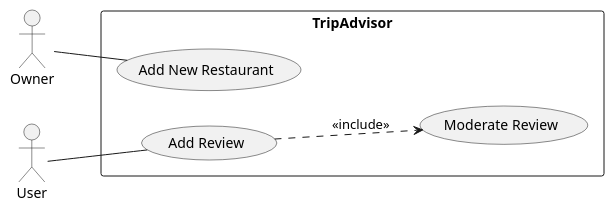
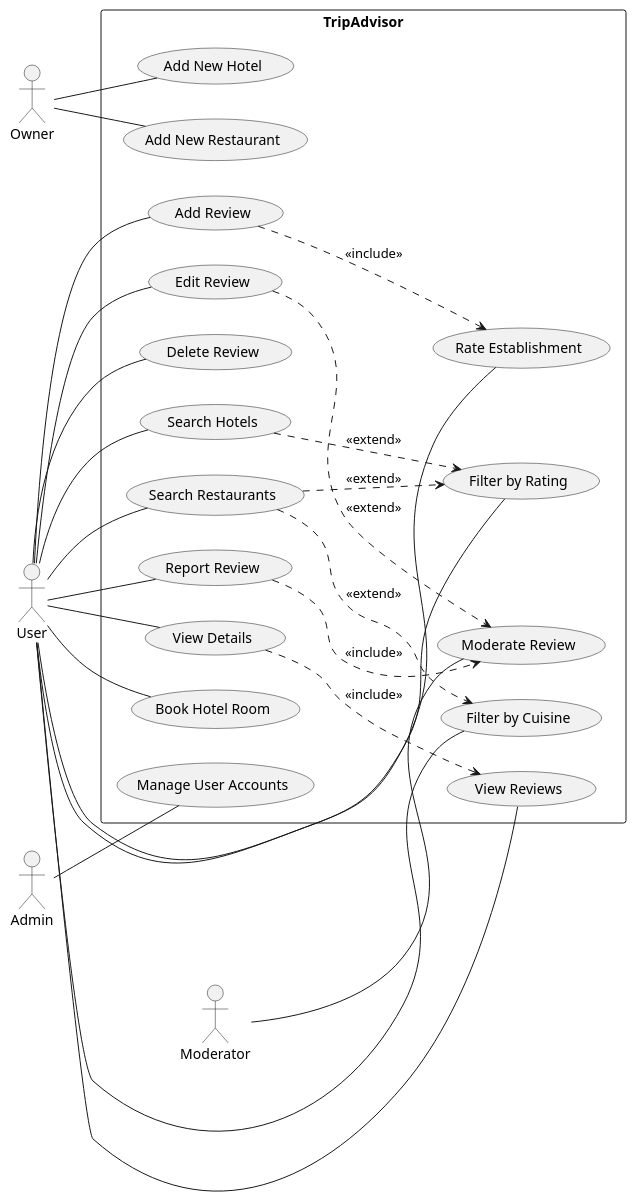
Before and after one commit to Denysko8/iot_dpz: the diagram in uml/use_case.puml, drawn with PlantUML. The commit also changed 1 other file, not shown here.

Commit message:
expanded use_case and hotel in class_diagram

```diff
--- a/uml/use_case.puml
+++ b/uml/use_case.puml
@@ -1,15 +1,51 @@
 @startuml
 left to right direction
 actor "Owner" as ow
 actor "User" as us
+actor "Moderator" as mod
+actor "Admin" as adm
 
 rectangle TripAdvisor {
   usecase "Add New Restaurant" as UC1
-  usecase "Add Review" as UC2
-  usecase "Moderate Review" as UC3
+  usecase "Add New Hotel" as UC2
+  usecase "Add Review" as UC3
+  usecase "Edit Review" as UC4
+  usecase "Delete Review" as UC5
+  usecase "Rate Establishment" as UC6
+  usecase "View Reviews" as UC7
+  usecase "Search Restaurants" as UC8
+  usecase "Search Hotels" as UC9
+  usecase "Filter by Rating" as UC10
+  usecase "Filter by Cuisine" as UC11
+  usecase "View Details" as UC12
+  usecase "Moderate Review" as UC13
+  usecase "Report Review" as UC14
+  usecase "Book Hotel Room" as UC15
+  usecase "Manage User Accounts" as UC16
 }
 
 ow -- UC1
-us -- UC2
-UC2 ..> UC3 : <<include>>
+ow -- UC2
+us -- UC3
+us -- UC4
+us -- UC5
+us -- UC6
+us -- UC7
+us -- UC8
+us -- UC9
+us -- UC10
+us -- UC11
+us -- UC12
+us -- UC14
+us -- UC15
+mod -- UC13
+adm -- UC16
+
+UC3 ..> UC6 : <<include>>
+UC4 ..> UC13 : <<extend>>
+UC8 ..> UC10 : <<extend>>
+UC8 ..> UC11 : <<extend>>
+UC9 ..> UC10 : <<extend>>
+UC12 ..> UC7 : <<include>>
+UC14 ..> UC13 : <<include>>
 @enduml
```
